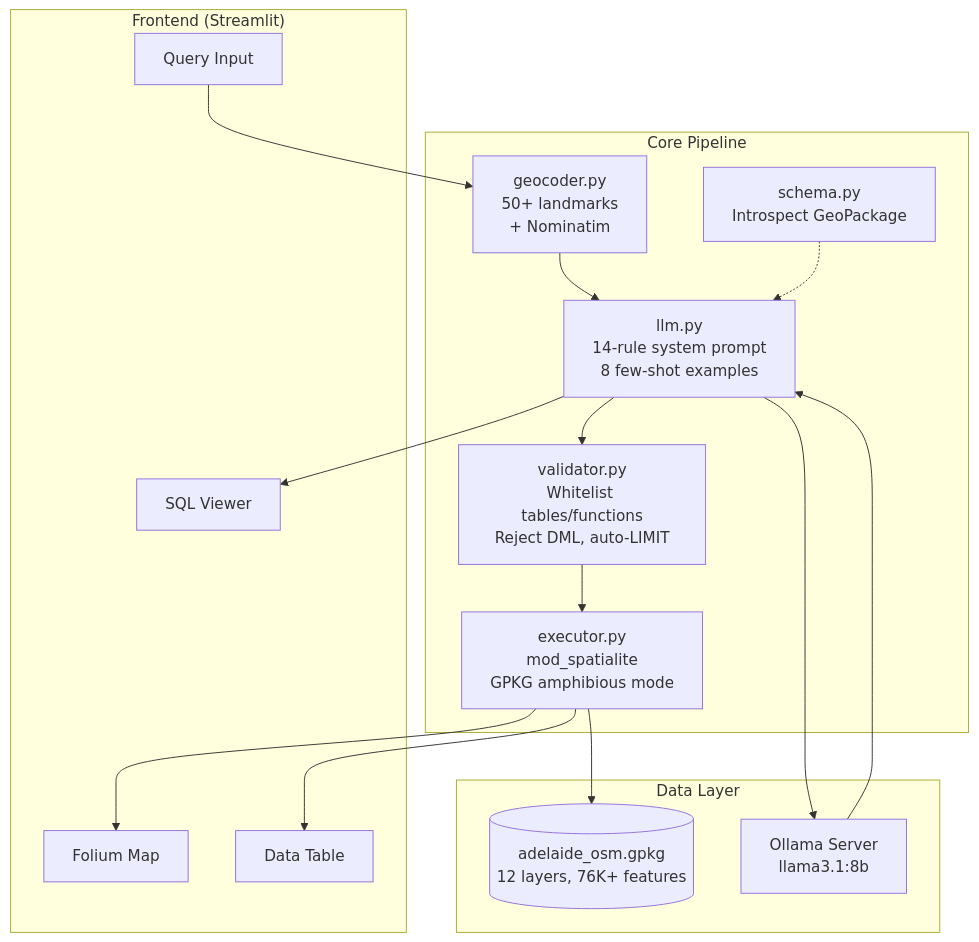
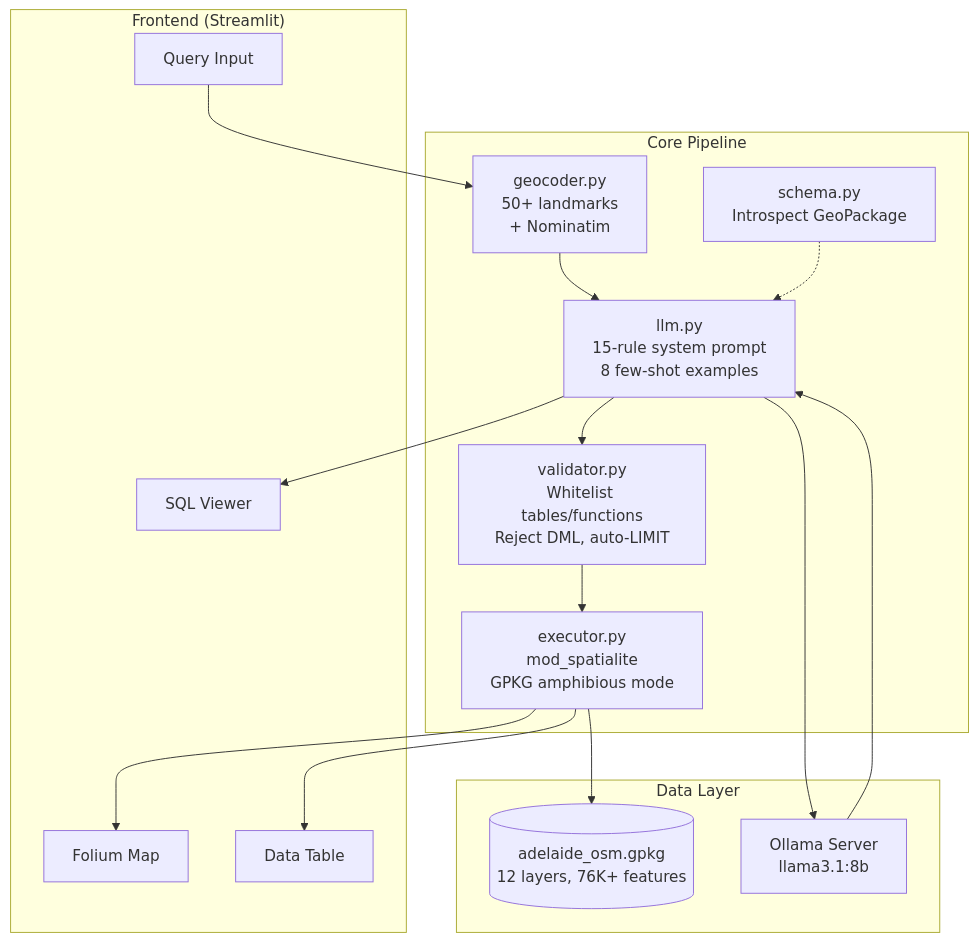
One commit to bhuwan1998/semantic-spatial-search changed the second of 4 diagrams in README.md. Above: the diagram before and after it, drawn with Mermaid. The commit also changed other lines of this file and 3 other files, not shown here.

````diff
--- a/README.md
+++ b/README.md
@@ -32,34 +32,34 @@
 ```mermaid
 graph TB
     subgraph frontend ["Frontend (Streamlit)"]
         UI["Query Input"]
         MAP["Folium Map"]
         TBL["Data Table"]
         SQL_DISPLAY["SQL Viewer"]
     end
 
     subgraph core ["Core Pipeline"]
         GEO["geocoder.py\n50+ landmarks\n+ Nominatim"]
-        LLM["llm.py\n14-rule system prompt\n8 few-shot examples"]
+        LLM["llm.py\n15-rule system prompt\n8 few-shot examples"]
         VAL["validator.py\nWhitelist tables/functions\nReject DML, auto-LIMIT"]
         EXE["executor.py\nmod_spatialite\nGPKG amphibious mode"]
         SCH["schema.py\nIntrospect GeoPackage"]
     end
 
     subgraph data ["Data Layer"]
         GPKG[("adelaide_osm.gpkg\n12 layers, 76K+ features")]
         OLLAMA["Ollama Server\nllama3.1:8b"]
     end
 
     UI --> GEO
     GEO --> LLM
     SCH -.-> LLM
     LLM --> OLLAMA
     OLLAMA --> LLM
     LLM --> VAL
     VAL --> EXE
     EXE --> GPKG
     EXE --> MAP
     EXE --> TBL
     LLM --> SQL_DISPLAY
 ```
````
